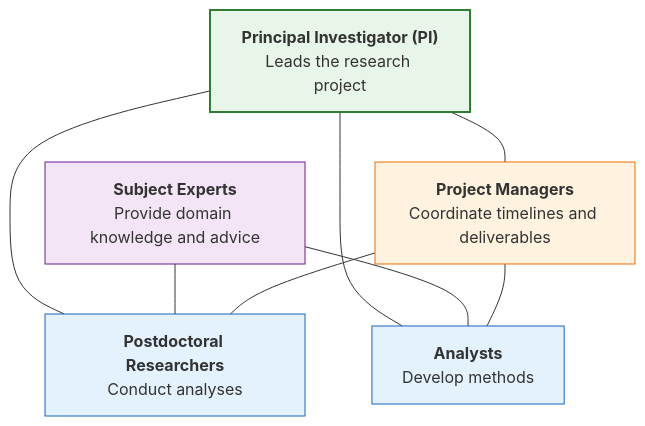
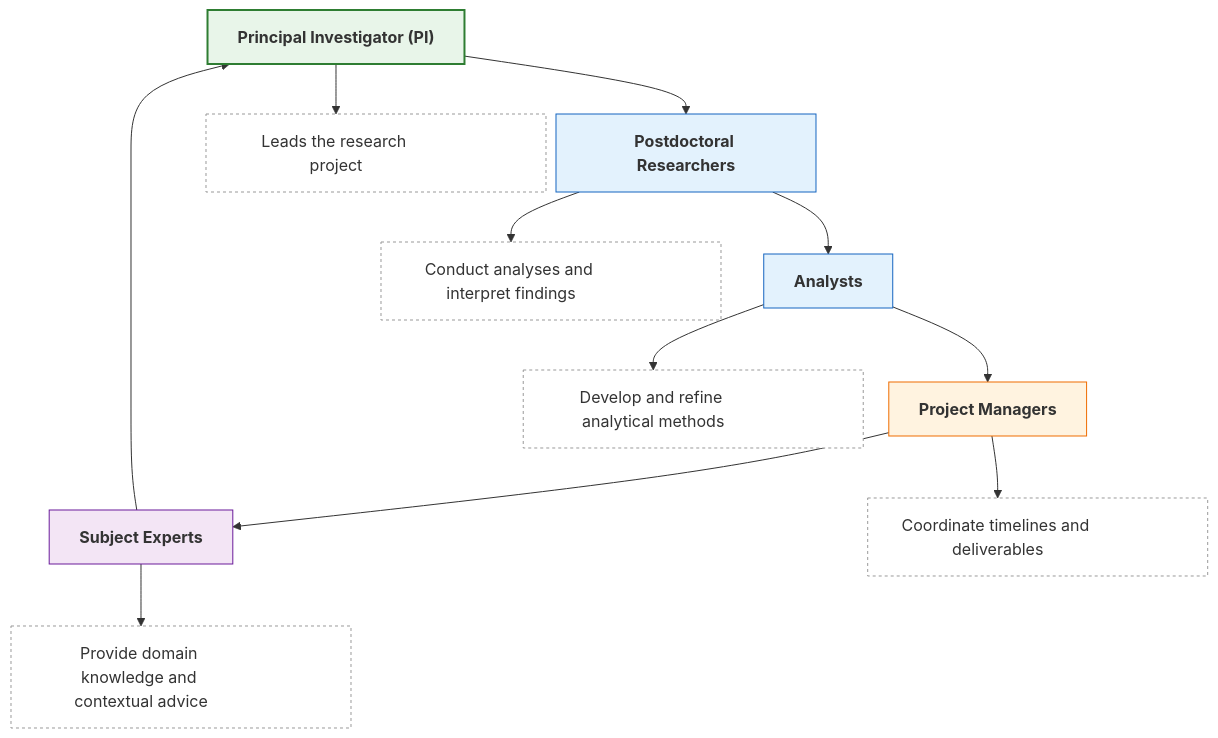
The third of 6 diagrams in training_site/essential_digital_skills/episodes/02-digital_delivery.qmd (thomgiles/DSDSP), drawn with Mermaid before and after one commit. The commit also changed other lines of this file and 1 other file, not shown here.

````diff
--- a/training_site/essential_digital_skills/episodes/02-digital_delivery.qmd
+++ b/training_site/essential_digital_skills/episodes/02-digital_delivery.qmd
@@ -184,21 +184,37 @@
 ```{mermaid}
-graph TD
-    PI["<b>Principal Investigator (PI)</b><br>Leads the research project"]:::lead
-    PR["<b>Postdoctoral Researchers</b><br>Conduct analyses"]:::exec
-    AN["<b>Analysts</b><br>Develop methods"]:::exec
-    PM["<b>Project Managers</b><br>Coordinate timelines and deliverables"]:::coord
-    SE["<b>Subject Experts</b><br>Provide domain knowledge and advice"]:::advice
+flowchart TB
+    %% Main role nodes (A–E)
+    A["<b>Principal Investigator (PI)</b>"]
+    B["<b>Postdoctoral Researchers</b>"]
+    C["<b>Analysts</b>"]
+    D["<b>Project Managers</b>"]
+    E["<b>Subject Experts</b>"]
 
-    PI --- PR
-    PI --- AN
-    PI --- PM
-    SE --- AN
-    PM --- AN
-    SE --- PR
-    PM --- PR
+    %% Descriptive subnodes
+    A1["Leads the research project"]
+    B1["Conduct analyses and interpret findings"]
+    C1["Develop and refine analytical methods"]
+    D1["Coordinate timelines and deliverables"]
+    E1["Provide domain knowledge and contextual advice"]
 
-    classDef lead fill:#E8F5E9,stroke:#2E7D32,stroke-width:2px;
-    classDef exec fill:#E3F2FD,stroke:#1565C0,stroke-width:1px;
-    classDef coord fill:#FFF3E0,stroke:#EF6C00,stroke-width:1px;
-    classDef advice fill:#F3E5F5,stroke:#6A1B9A,stroke-width:1px;
+    %% Flow connections (illustrating collaboration cycle)
+    A --> B --> C --> D --> E --> A
+
+    %% Descriptive links
+    A --> A1
+    B --> B1
+    C --> C1
+    D --> D1
+    E --> E1
+
+    %% Styling for main nodes
+    style A fill:#E8F5E9,stroke:#2E7D32,stroke-width:2px
+    style B fill:#E3F2FD,stroke:#1565C0,stroke-width:1px
+    style C fill:#E3F2FD,stroke:#1565C0,stroke-width:1px
+    style D fill:#FFF3E0,stroke:#EF6C00,stroke-width:1px
+    style E fill:#F3E5F5,stroke:#6A1B9A,stroke-width:1px
+
+    %% Styling for descriptive nodes
+    classDef desc fill:#FFFFFF,stroke:#999,stroke-dasharray:3 3,width:340px;
+    class A1,B1,C1,D1,E1 desc;
 ```
````
